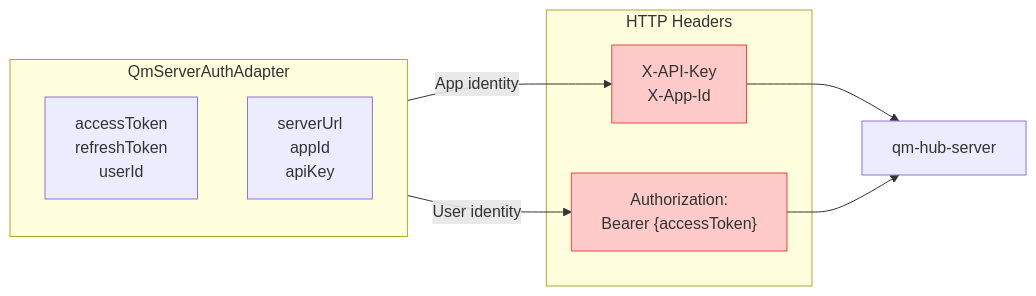
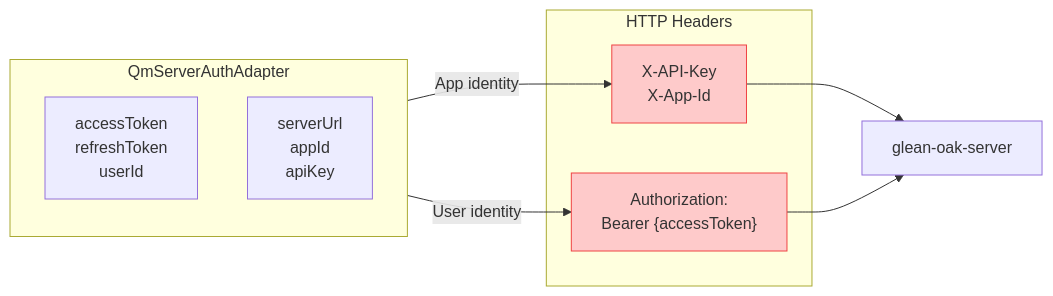
The eighth of 13 diagrams in docs/architecture.md (loidinhm31/code-notes), drawn with Mermaid before and after one commit. The commit also changed other lines of this file and 15 other files, not shown here.

````diff
--- a/docs/architecture.md
+++ b/docs/architecture.md
@@ -306,20 +306,20 @@
 ```mermaid
 flowchart LR
     subgraph Headers["HTTP Headers"]
         APIKey["X-API-Key<br/>X-App-Id"]
         JWT["Authorization:<br/>Bearer {accessToken}"]
     end
 
     subgraph Auth["QmServerAuthAdapter"]
         Tokens["accessToken<br/>refreshToken<br/>userId"]
         Config["serverUrl<br/>appId<br/>apiKey"]
     end
 
     Auth -->|"App identity"| APIKey
     Auth -->|"User identity"| JWT
-    APIKey --> Server["qm-hub-server"]
+    APIKey --> Server["glean-oak-server"]
     JWT --> Server
 
     classDef header fill:#fecaca,stroke:#ef4444
     class APIKey,JWT header
 ```
````
